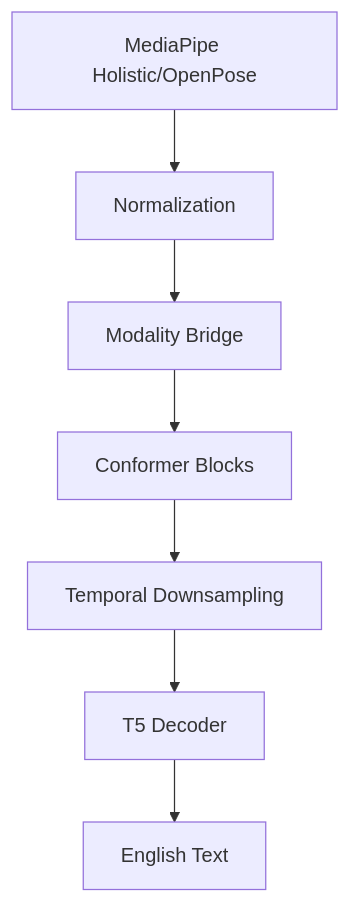
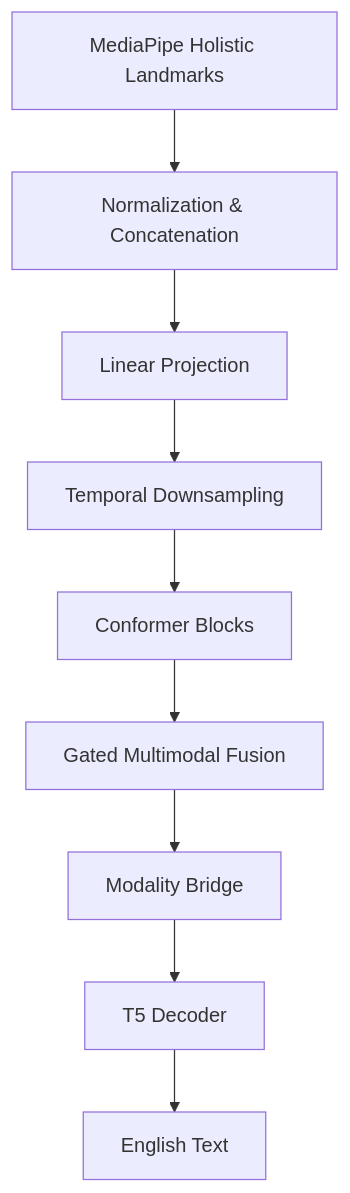
Before and after one commit to yyouretoast/gloss-free-asl-translation: the diagram in README.md, drawn with Mermaid. The commit also changed other lines of this file and 14 other files, not shown here.

Commit message:
Refactor: Ditch OpenPose, clean coordinate schemas, update tests and docs for How2Sign Holistic and I3D multi-stream fusion

````diff
--- a/README.md
+++ b/README.md
@@ -19,9 +19,11 @@
 ```mermaid
 flowchart TD
-    A[MediaPipe Holistic/OpenPose] --> B[Normalization]
-    B --> C[Modality Bridge]
-    C --> D[Conformer Blocks]
-    D --> E[Temporal Downsampling]
-    E --> F[T5 Decoder]
-    F --> G[English Text]
+    A[MediaPipe Holistic Landmarks] --> B[Normalization & Concatenation]
+    B --> C[Linear Projection]
+    C --> D[Temporal Downsampling]
+    D --> E[Conformer Blocks]
+    E --> F[Gated Multimodal Fusion]
+    F --> G[Modality Bridge]
+    G --> H[T5 Decoder]
+    H --> I[English Text]
 ```
````
